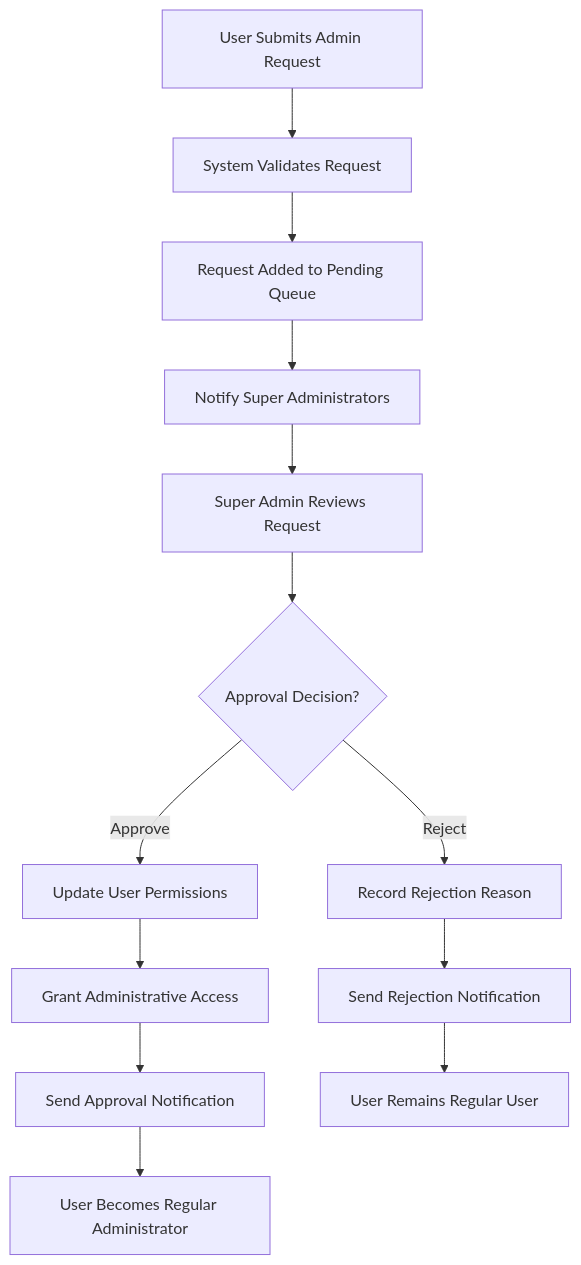
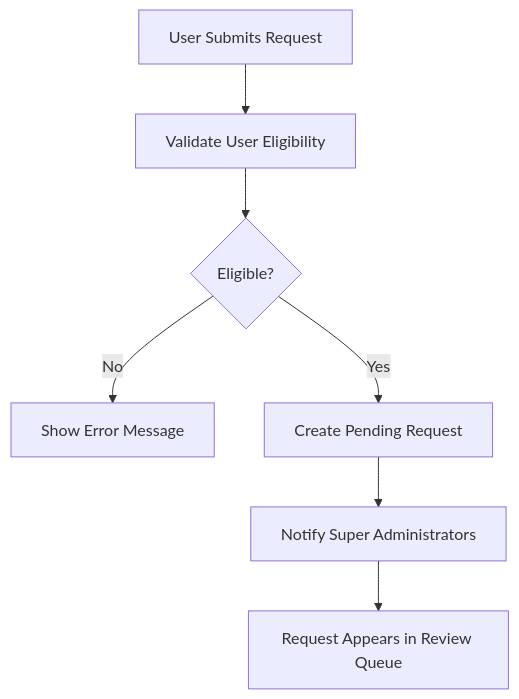
Before and after one commit to wrtnlabs/autobe-examples: the first of 2 diagrams in deepseek/deepseek-v3.1-terminus-exacto/bbs/docs/analysis/08-administrator-system.md, drawn with Mermaid. The commit also changed other lines of this file and 11104 other files, not shown here.

````diff
--- a/deepseek/deepseek-v3.1-terminus-exacto/bbs/docs/analysis/08-administrator-system.md
+++ b/deepseek/deepseek-v3.1-terminus-exacto/bbs/docs/analysis/08-administrator-system.md
@@ -193,15 +20,9 @@
 ```mermaid
 graph TD
-    A["User Submits Admin Request"] --> B["System Validates Request"]
-    B --> C["Request Added to Pending Queue"]
-    C --> D["Notify Super Administrators"]
-    D --> E["Super Admin Reviews Request"]
-    E --> F{"Approval Decision?"}
-    F -->|"Approve"| G["Update User Permissions"]
-    G --> H["Grant Administrative Access"]
-    H --> I["Send Approval Notification"]
-    F -->|"Reject"| J["Record Rejection Reason"]
-    J --> K["Send Rejection Notification"]
-    I --> L["User Becomes Regular Administrator"]
-    K --> M["User Remains Regular User"]
+    A["User Submits Request"] --> B["Validate User Eligibility"]
+    B --> C{"Eligible?"}
+    C -->|"No"| D["Show Error Message"]
+    C -->|"Yes"| E["Create Pending Request"]
+    E --> F["Notify Super Administrators"]
+    F --> G["Request Appears in Review Queue"]
 ```
````
